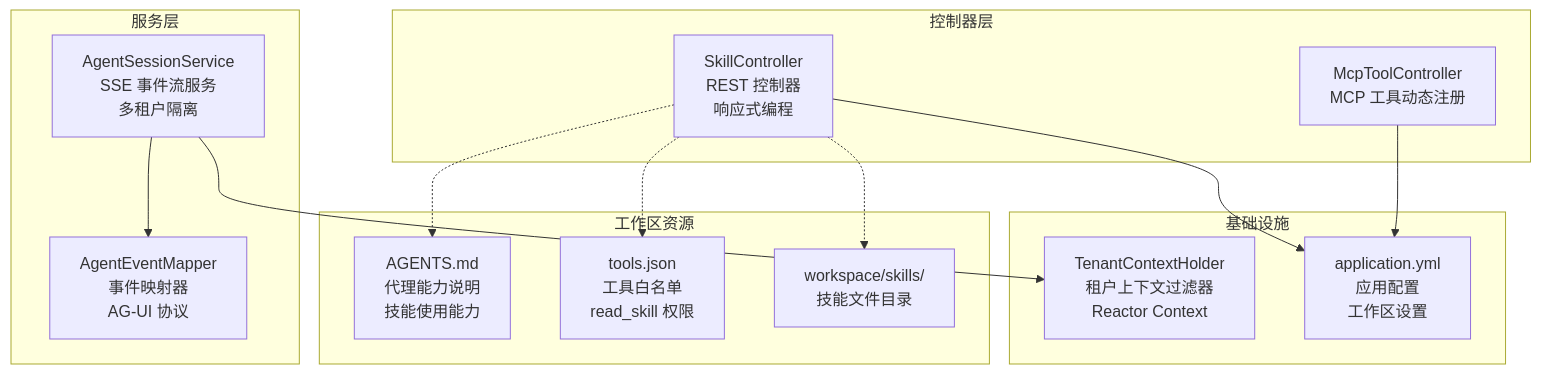
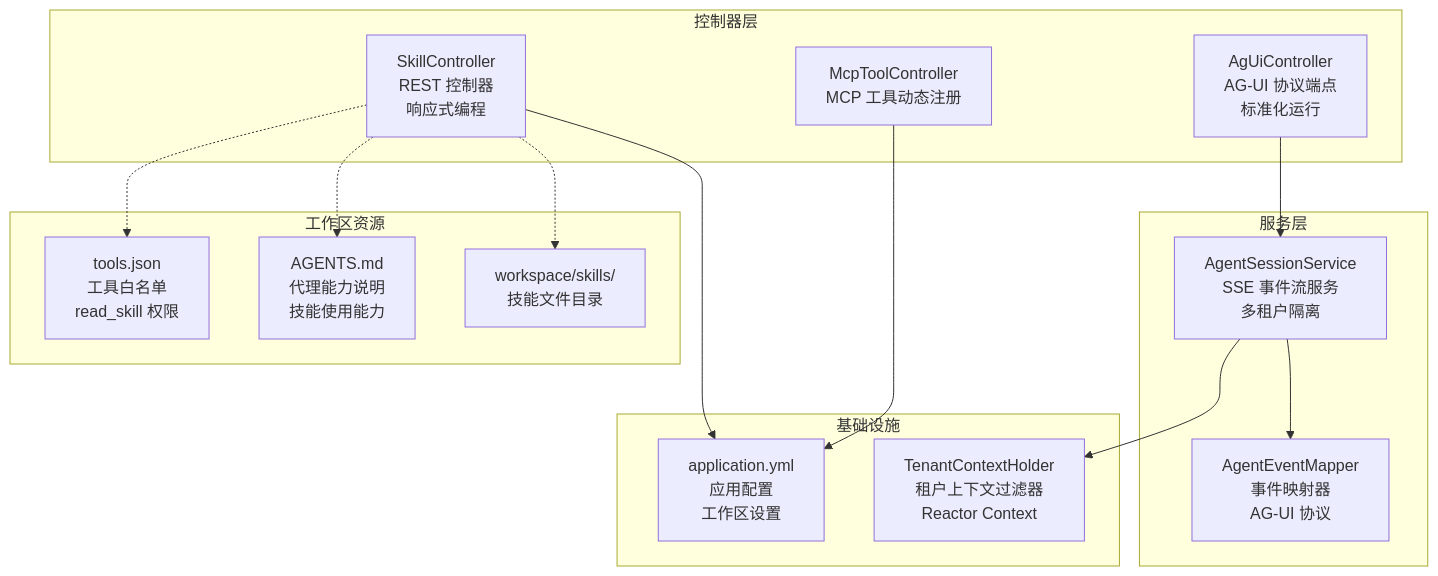
The first of 7 diagrams in .qoder/repowiki/zh/content/API 参考/技能控制器 API.md (mengqiang81/agentic), drawn with Mermaid before and after one commit. The commit also changed other lines of this file and 32 other files, not shown here.

````diff
--- a/.qoder/repowiki/zh/content/API 参考/技能控制器 API.md
+++ b/.qoder/repowiki/zh/content/API 参考/技能控制器 API.md
@@ -50,27 +52,29 @@
 ```mermaid
 graph TB
 subgraph "控制器层"
 SC["SkillController<br/>REST 控制器<br/>响应式编程"]
 MTC["McpToolController<br/>MCP 工具动态注册"]
+AUC["AgUiController<br/>AG-UI 协议端点<br/>标准化运行"]
 end
 subgraph "服务层"
 ASS["AgentSessionService<br/>SSE 事件流服务<br/>多租户隔离"]
 AEM["AgentEventMapper<br/>事件映射器<br/>AG-UI 协议"]
 end
 subgraph "基础设施"
 TCH["TenantContextHolder<br/>租户上下文过滤器<br/>Reactor Context"]
 CFG["application.yml<br/>应用配置<br/>工作区设置"]
 end
 subgraph "工作区资源"
 AGMD["AGENTS.md<br/>代理能力说明<br/>技能使用能力"]
 TJ["tools.json<br/>工具白名单<br/>read_skill 权限"]
 SK["workspace/skills/<br/>技能文件目录"]
 end
 SC --> CFG
 MTC --> CFG
+AUC --> ASS
 ASS --> AEM
 ASS --> TCH
 SC -.-> SK
 SC -.-> AGMD
 SC -.-> TJ
 ```
````
